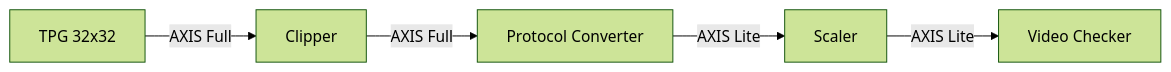
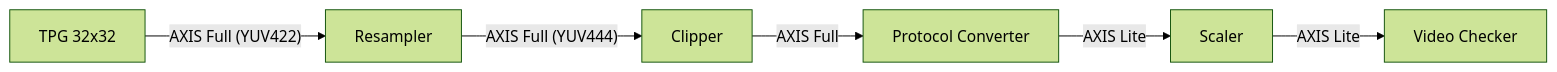
Before and after one commit to 10xEngineersTech/altera_video_pipeline: the diagram in README.md, drawn with Mermaid (forest theme). The commit also changed other lines of this file, not shown here.

````diff
--- a/README.md
+++ b/README.md
@@ -30,7 +30,8 @@
 ```mermaid
 graph LR
-    A[TPG 32x32] -- "AXIS Full" --> B[Clipper]
+    A[TPG 32x32] -- "AXIS Full (YUV422)" --> R[Resampler]
+    R -- "AXIS Full (YUV444)" --> B[Clipper]
     B -- "AXIS Full" --> C[Protocol Converter]
     C -- "AXIS Lite" --> D[Scaler]
     D -- "AXIS Lite" --> E[Video Checker]
 ```
````
